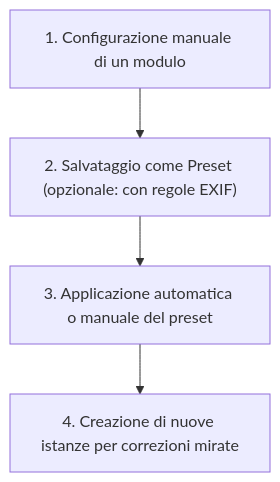
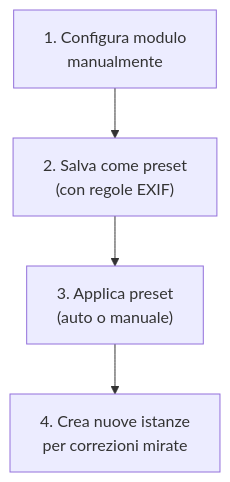
The diagram in docs/pipeline/preset-istanze.md (lorenzoperone/darktable-docs), drawn with Mermaid before and after one commit. The commit also changed 40 other files, not shown here.

First line of the commit message:
fix: reformatta diagrammi Mermaid — etichette brevi, break line, italiano

````diff
--- a/docs/pipeline/preset-istanze.md
+++ b/docs/pipeline/preset-istanze.md
@@ -19,4 +19,4 @@
 ```mermaid
 flowchart TD
-    A["1. Configurazione manuale di un modulo"] --> B["2. Salvataggio come Preset (opzionale: con regole EXIF)"] --> C["3. Applicazione automatica o manuale del preset"] --> D["4. Creazione di nuove istanze per correzioni mirate"]
+    A["1. Configura modulo<br/>manualmente"] --> B["2. Salva come preset<br/>(con regole EXIF)"] --> C["3. Applica preset<br/>(auto o manuale)"] --> D["4. Crea nuove istanze<br/>per correzioni mirate"]
 ```
````
